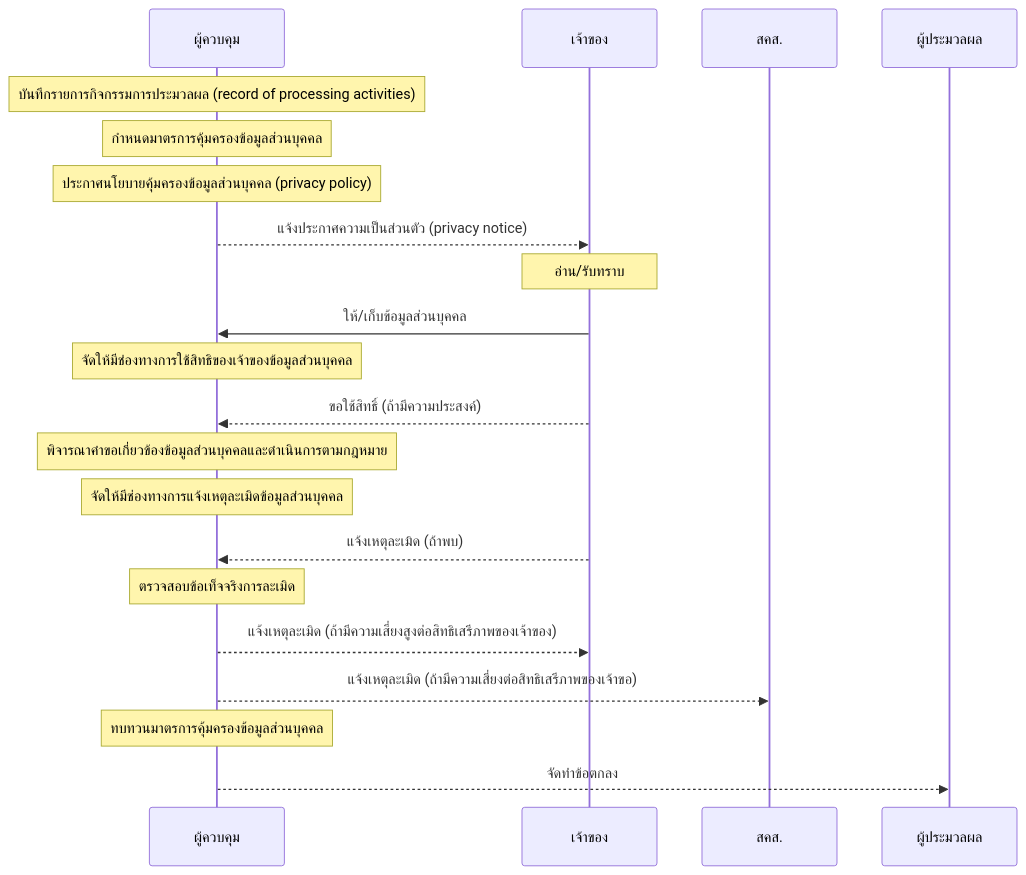
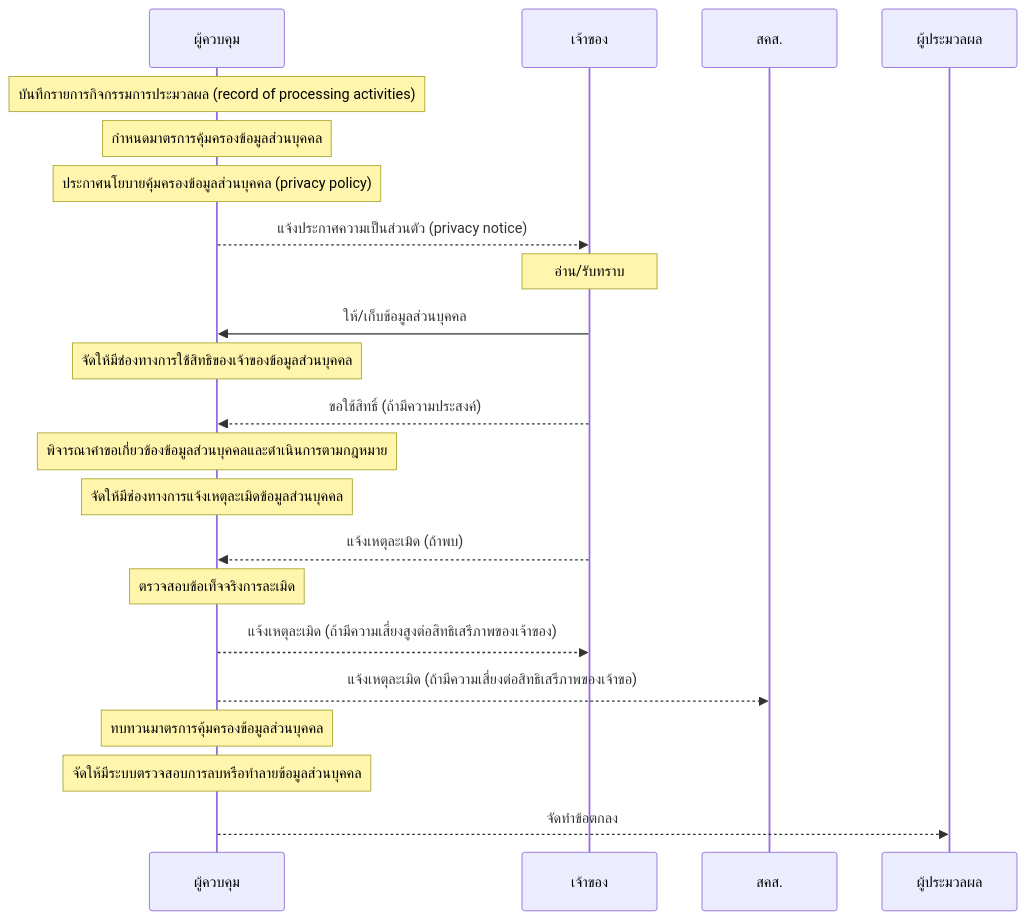
One commit to Kietpawpan/pdpa changed the fourth of 14 diagrams in README.md. Above: the diagram before and after it, drawn with Mermaid.

````diff
--- a/README.md
+++ b/README.md
@@ -132,19 +132,20 @@
 ```mermaid
 sequenceDiagram
 	Note over ผู้ควบคุม: บันทึกรายการกิจกรรมการประมวลผล (record of processing activities)
 	Note over ผู้ควบคุม: กำหนดมาตรการคุ้มครองข้อมูลส่วนบุคคล
 	Note over ผู้ควบคุม: ประกาศนโยบายคุ้มครองข้อมูลส่วนบุคคล (privacy policy)
 	ผู้ควบคุม-->>เจ้าของ: แจ้งประกาศความเป็นส่วนตัว (privacy notice)
 	Note over เจ้าของ: อ่าน/รับทราบ
 	เจ้าของ->>ผู้ควบคุม:ให้/เก็บข้อมูลส่วนบุคคล
 	Note over ผู้ควบคุม: จัดให้มีช่องทางการใช้สิทธิของเจ้าของข้อมูลส่วนบุคคล
 	เจ้าของ-->>ผู้ควบคุม:ขอใช้สิทธิ์ (ถ้ามีความประสงค์)
 	Note over ผู้ควบคุม: พิจารณาคำขอเกี่ยวข้องข้อมูลส่วนบุคคลและดำเนินการตามกฎหมาย
 	Note over ผู้ควบคุม: จัดให้มีช่องทางการแจ้งเหตุละเมิดข้อมูลส่วนบุคคล
 	เจ้าของ-->>ผู้ควบคุม:แจ้งเหตุละเมิด (ถ้าพบ)
 	Note over ผู้ควบคุม: ตรวจสอบข้อเท็จจริงการละเมิด
 	ผู้ควบคุม-->>เจ้าของ: แจ้งเหตุละเมิด (ถ้ามีความเสี่ยงสูงต่อสิทธิเสรีภาพของเจ้าของ)
 	ผู้ควบคุม-->>สคส.: แจ้งเหตุละเมิด (ถ้ามีความเสี่ยงต่อสิทธิเสรีภาพของเจ้าขอ)
 	Note over ผู้ควบคุม: ทบทวนมาตรการคุ้มครองข้อมูลส่วนบุคคล
+	Note over ผู้ควบคุม: จัดให้มีระบบตรวจสอบการลบหรือทำลายข้อมูลส่วนบุคคล
 	ผู้ควบคุม-->>ผู้ประมวลผล: จัดทำข้อตกลง
 ```
````
